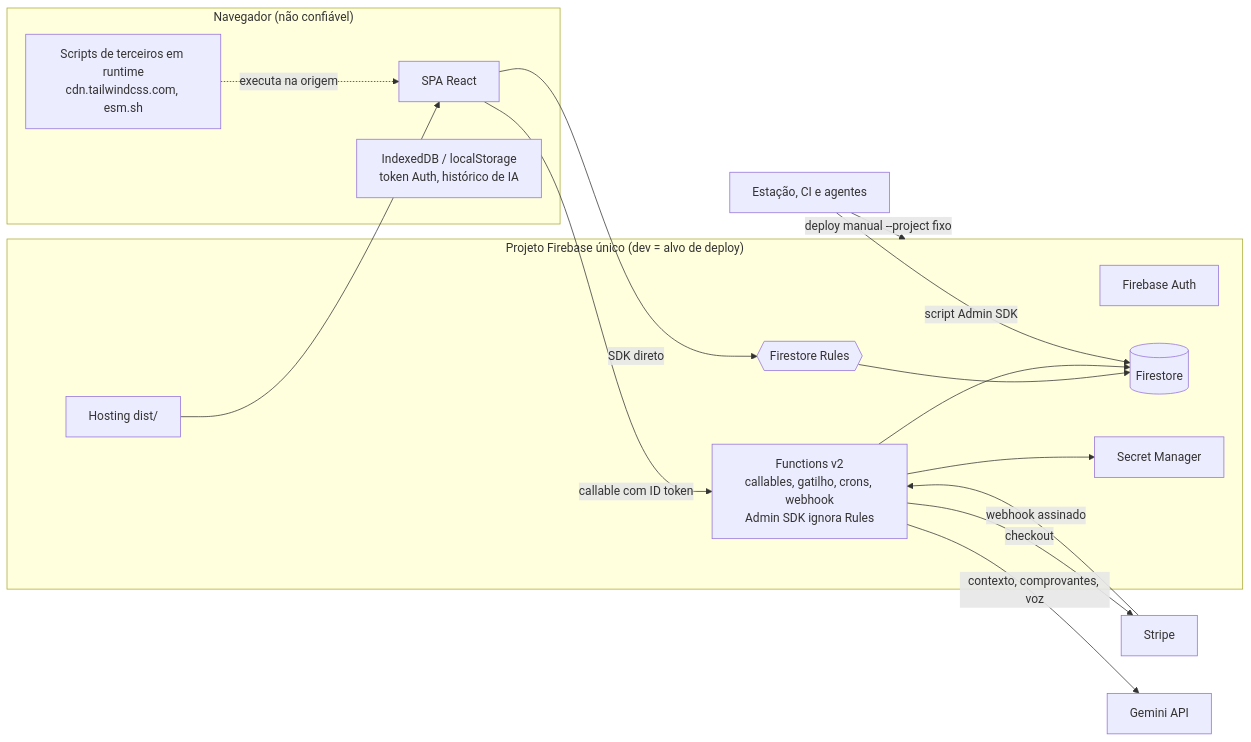
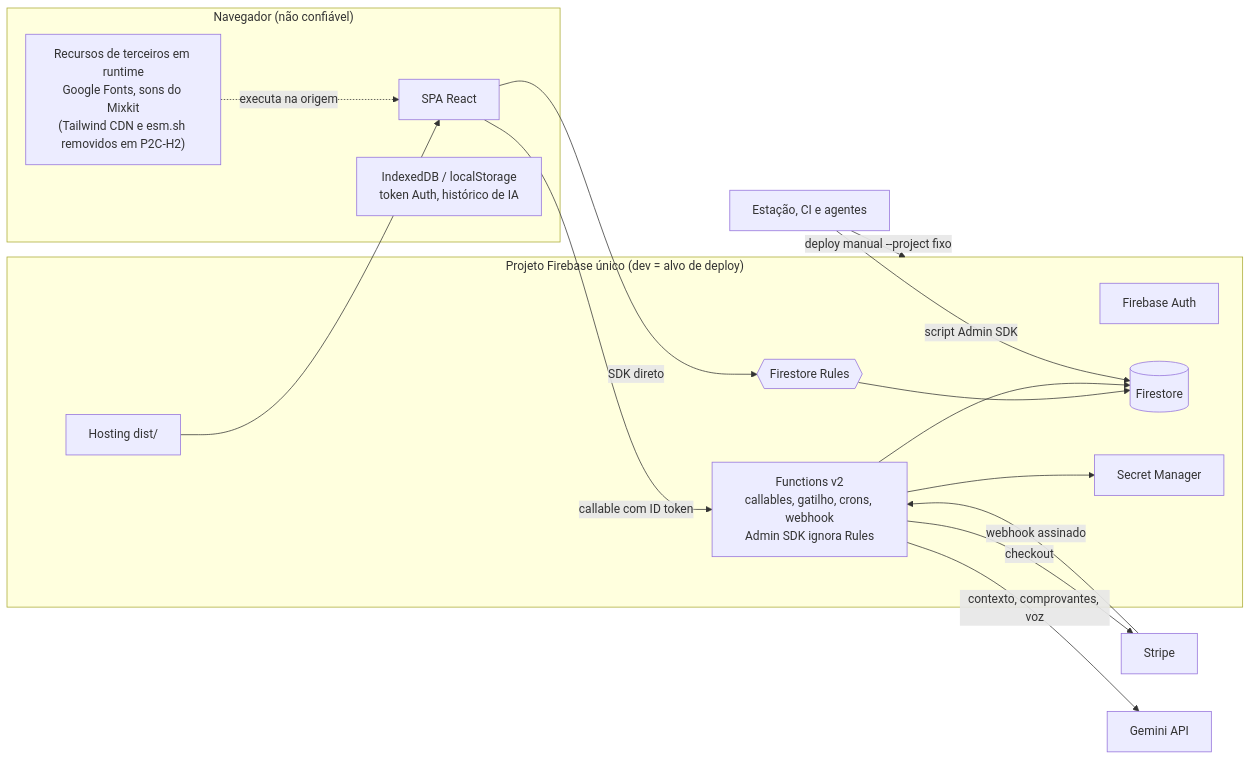
One commit to isauvargas1/minhas-financas changed the diagram in docs/production/THREAT_MODEL.md. Above: the diagram before and after it, drawn with Mermaid. The commit also changed other lines of this file and 1040 other files, not shown here.

````diff
--- a/docs/production/THREAT_MODEL.md
+++ b/docs/production/THREAT_MODEL.md
@@ -49,29 +49,29 @@
 ```mermaid
 flowchart LR
   subgraph NAV["Navegador (não confiável)"]
     UI["SPA React"]
-    CDN3["Scripts de terceiros em runtime<br/>cdn.tailwindcss.com, esm.sh"]
+    CDN3["Recursos de terceiros em runtime<br/>Google Fonts, sons do Mixkit<br/>(Tailwind CDN e esm.sh removidos em P2C-H2)"]
     LS["IndexedDB / localStorage<br/>token Auth, histórico de IA"]
   end
   subgraph PRJ["Projeto Firebase único (dev = alvo de deploy)"]
     AUTH["Firebase Auth"]
     RULES{{"Firestore Rules"}}
     FS[("Firestore")]
     FN["Functions v2<br/>callables, gatilho, crons, webhook<br/>Admin SDK ignora Rules"]
     SM["Secret Manager"]
     HOST["Hosting dist/"]
   end
   STRIPE["Stripe"]
   GEM["Gemini API"]
   OPS["Estação, CI e agentes"]
   CDN3 -. "executa na origem" .-> UI
   HOST --> UI
   UI -- "SDK direto" --> RULES --> FS
   UI -- "callable com ID token" --> FN --> FS
   FN --> SM
   FN -- "contexto, comprovantes, voz" --> GEM
   FN -- "checkout" --> STRIPE
   STRIPE -- "webhook assinado" --> FN
   OPS -- "deploy manual --project fixo" --> PRJ
   OPS -- "script Admin SDK" --> FS
 ```
````
